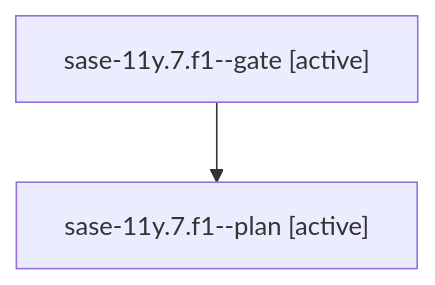
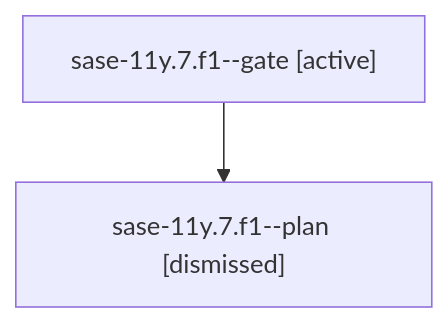
The diagram in sessions/bbugyi200.athena.sase-11y.7.f1.md (sase-org/sase--agents), drawn with Mermaid before and after one commit. The commit also changed other lines of this file and 306 other files, not shown here.

````diff
--- a/sessions/bbugyi200.athena.sase-11y.7.f1.md
+++ b/sessions/bbugyi200.athena.sase-11y.7.f1.md
@@ -9,6 +9,6 @@
 ```mermaid
 flowchart TD
   n0["sase-11y.7.f1--gate [active]"]
-  n1["sase-11y.7.f1--plan [active]"]
+  n1["sase-11y.7.f1--plan [dismissed]"]
   n0 --> n1
 ```
````
